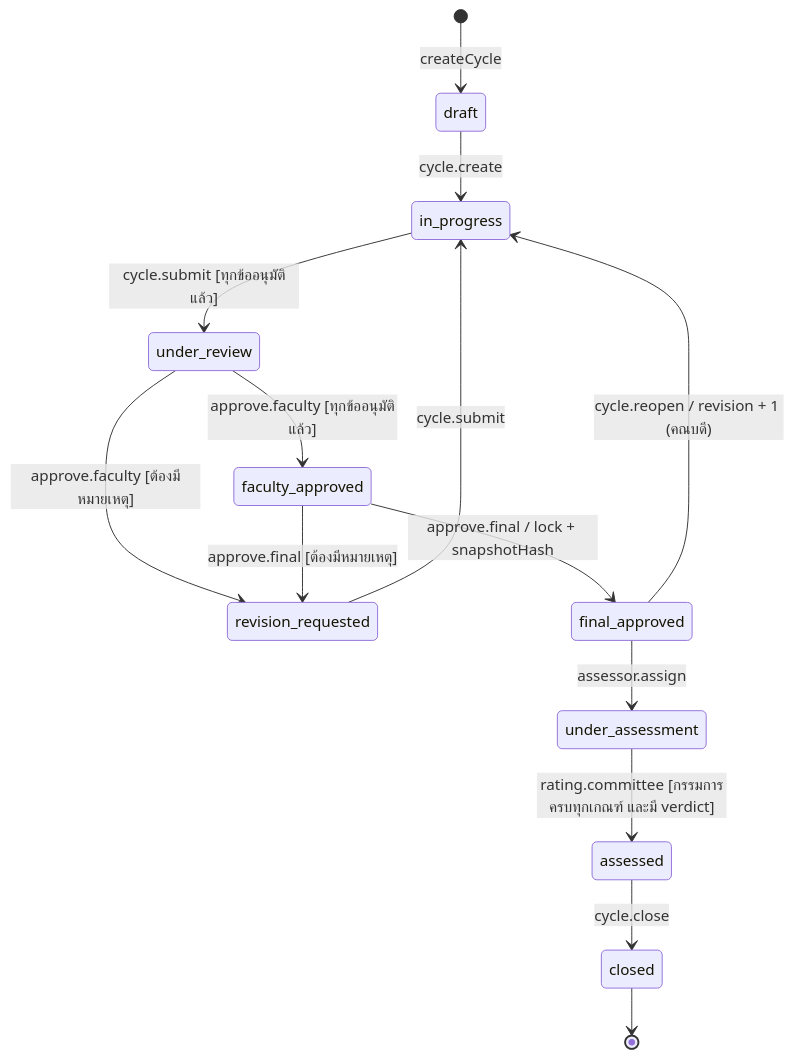
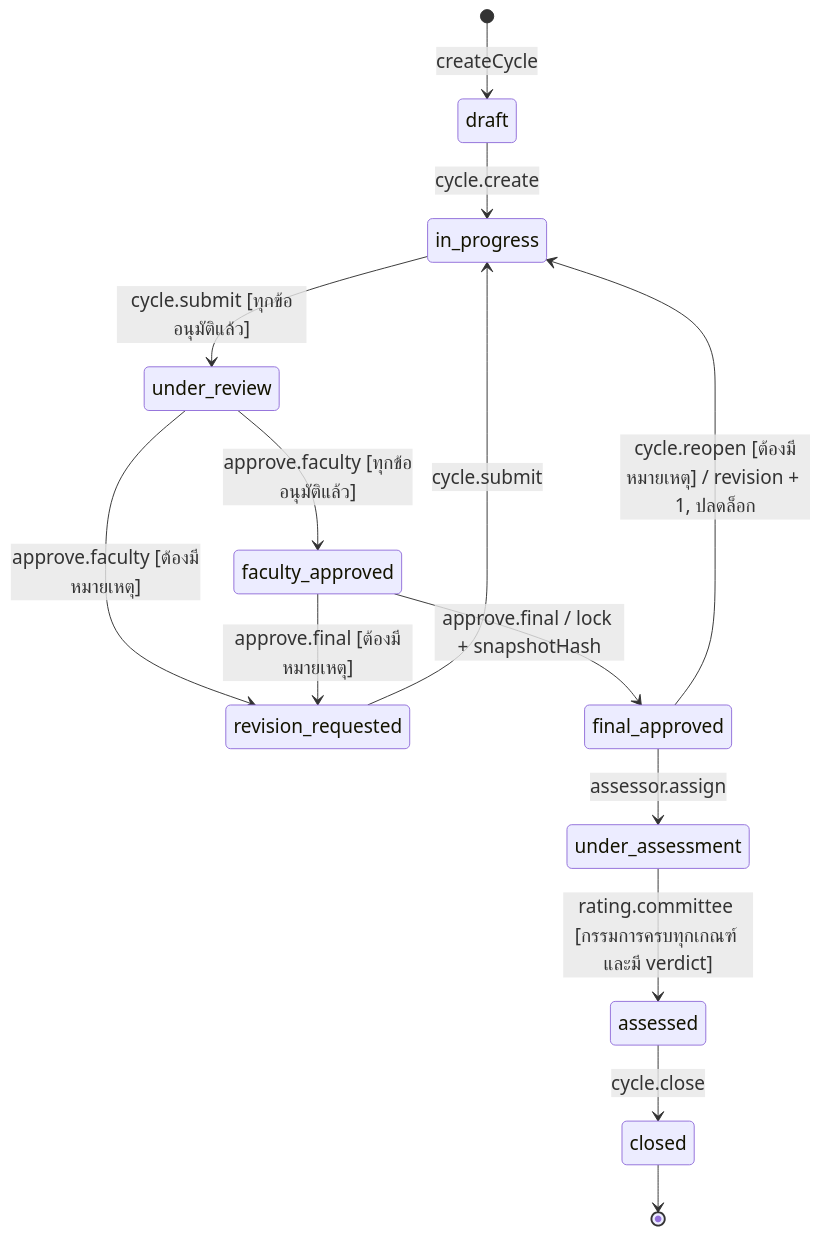
Before and after one commit to sunthanathza5566/project-mockup: diagram 11 of 20 in thesis/export/GEMINI_HANDOFF.md, drawn with Mermaid. The commit also changed other lines of this file and 34 other files, not shown here.

Commit message:
docs(TASK-0001): D3 final thesis — all chapters updated to final system, verified references, 20 diagrams + 16 screenshots, export docx + Gemini handoff

````diff
--- a/thesis/export/GEMINI_HANDOFF.md
+++ b/thesis/export/GEMINI_HANDOFF.md
@@ -627,18 +776,19 @@
 ```mermaid
-%% source: eduflow-next/lib/api/workflow.ts:27-38 (CYCLE_TRANSITIONS), 181-229 (transitionCycle), 248-264 (openRevision) | task: TASK-0001 | updated: 2026-10-21
+%% source: eduflow-next/lib/api/workflow.ts:27-38 (CYCLE_TRANSITIONS), 181-229 (transitionCycle), 299-316 (openRevision) | task: TASK-0001 | updated: 2026-10-22
+%%{init: {"themeVariables": {"fontSize": "20px"}}}%%
 stateDiagram-v2
   direction TB
   [*] --> draft : createCycle
   draft --> in_progress : cycle.create
   in_progress --> under_review : cycle.submit [ทุกข้ออนุมัติแล้ว]
   under_review --> revision_requested : approve.faculty [ต้องมีหมายเหตุ]
   under_review --> faculty_approved : approve.faculty [ทุกข้ออนุมัติแล้ว]
   revision_requested --> in_progress : cycle.submit
   faculty_approved --> revision_requested : approve.final [ต้องมีหมายเหตุ]
   faculty_approved --> final_approved : approve.final / lock + snapshotHash
-  final_approved --> in_progress : cycle.reopen / revision + 1 (คณบดี)
+  final_approved --> in_progress : cycle.reopen [ต้องมีหมายเหตุ] / revision + 1, ปลดล็อก
   final_approved --> under_assessment : assessor.assign
   under_assessment --> assessed : rating.committee [กรรมการครบทุกเกณฑ์ และมี verdict]
   assessed --> closed : cycle.close
   closed --> [*]
 ```
````
